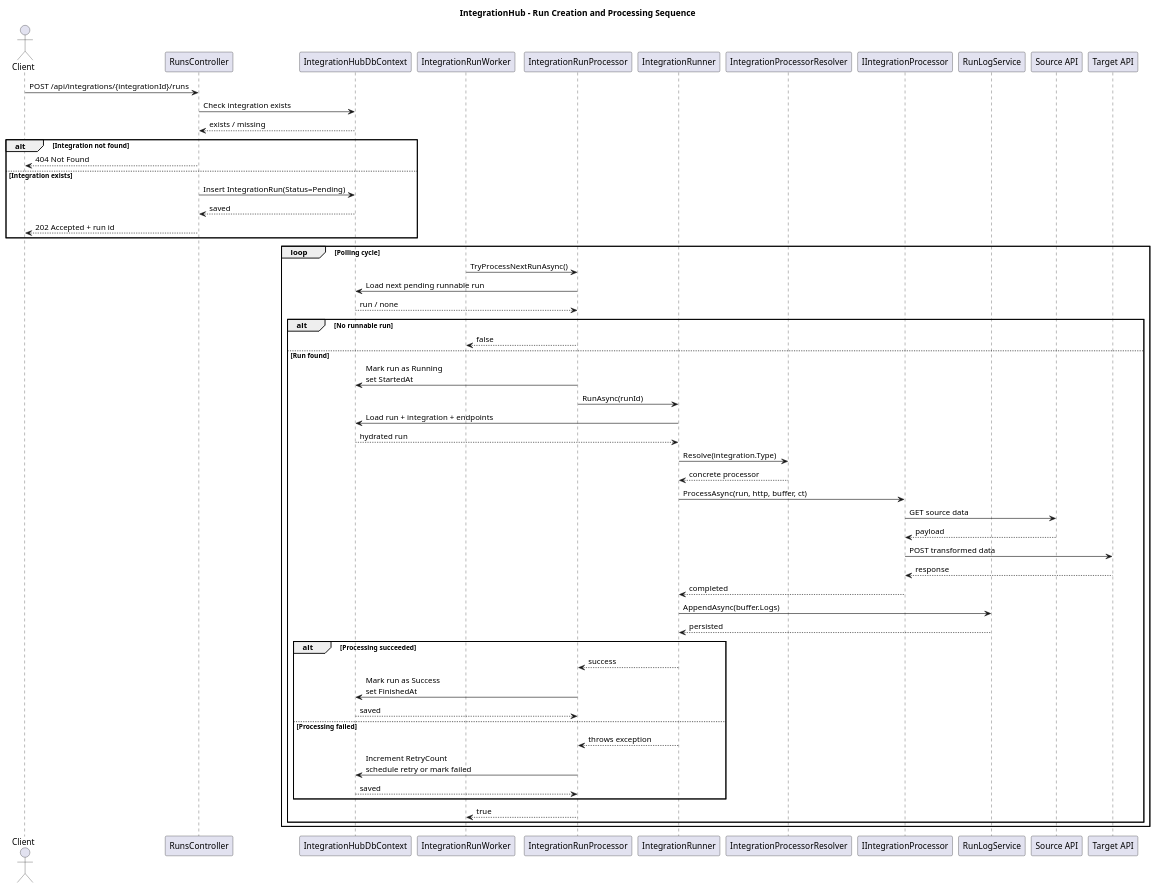
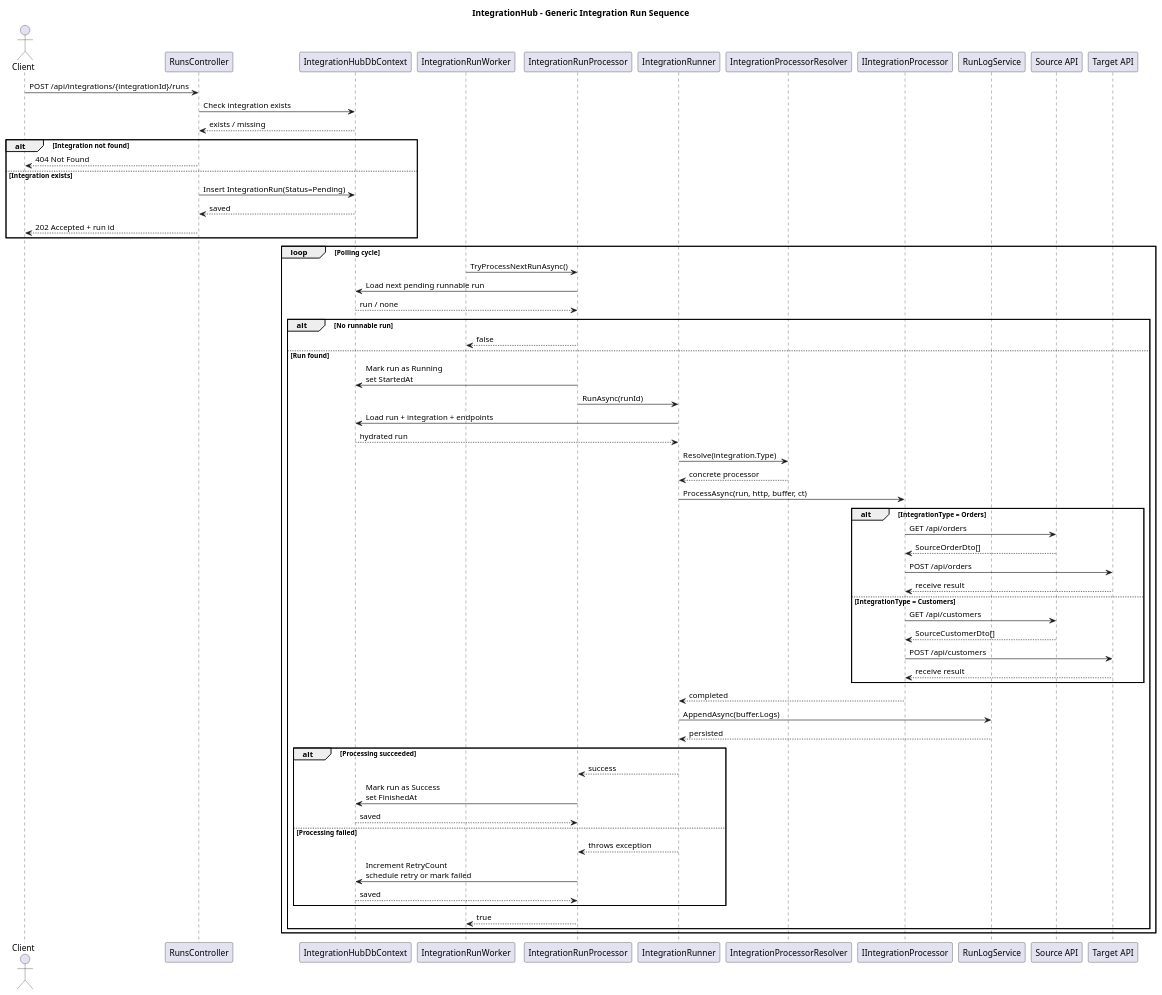
The diagram in docs/uml/SequenceDiagram.puml (PedroFerreira11/IntegrationHub), drawn with PlantUML before and after one commit. The commit also changed 2 other files, not shown here.

```diff
--- a/docs/uml/SequenceDiagram.puml
+++ b/docs/uml/SequenceDiagram.puml
@@ -1,66 +1,75 @@
 @startuml
-title IntegrationHub - Run Creation and Processing Sequence
+title IntegrationHub - Generic Integration Run Sequence
 
 actor Client
 participant "RunsController" as RunsController
 participant "IntegrationHubDbContext" as Db
 participant "IntegrationRunWorker" as Worker
 participant "IntegrationRunProcessor" as Processor
 participant "IntegrationRunner" as Runner
 participant "IntegrationProcessorResolver" as Resolver
 participant "IIntegrationProcessor" as SpecificProcessor
 participant "RunLogService" as LogService
 participant "Source API" as SourceApi
 participant "Target API" as TargetApi
 
 Client -> RunsController : POST /api/integrations/{integrationId}/runs
 RunsController -> Db : Check integration exists
 Db --> RunsController : exists / missing
 
 alt Integration not found
   RunsController --> Client : 404 Not Found
 else Integration exists
   RunsController -> Db : Insert IntegrationRun(Status=Pending)
   Db --> RunsController : saved
   RunsController --> Client : 202 Accepted + run id
 end
 
 loop Polling cycle
   Worker -> Processor : TryProcessNextRunAsync()
   Processor -> Db : Load next pending runnable run
   Db --> Processor : run / none
 
   alt No runnable run
     Processor --> Worker : false
   else Run found
     Processor -> Db : Mark run as Running\nset StartedAt
     Processor -> Runner : RunAsync(runId)
 
     Runner -> Db : Load run + integration + endpoints
     Db --> Runner : hydrated run
     Runner -> Resolver : Resolve(integration.Type)
     Resolver --> Runner : concrete processor
     Runner -> SpecificProcessor : ProcessAsync(run, http, buffer, ct)
-    SpecificProcessor -> SourceApi : GET source data
-    SourceApi --> SpecificProcessor : payload
-    SpecificProcessor -> TargetApi : POST transformed data
-    TargetApi --> SpecificProcessor : response
+
+    alt IntegrationType = Orders
+      SpecificProcessor -> SourceApi : GET /api/orders
+      SourceApi --> SpecificProcessor : SourceOrderDto[]
+      SpecificProcessor -> TargetApi : POST /api/orders
+      TargetApi --> SpecificProcessor : receive result
+    else IntegrationType = Customers
+      SpecificProcessor -> SourceApi : GET /api/customers
+      SourceApi --> SpecificProcessor : SourceCustomerDto[]
+      SpecificProcessor -> TargetApi : POST /api/customers
+      TargetApi --> SpecificProcessor : receive result
+    end
+
     SpecificProcessor --> Runner : completed
     Runner -> LogService : AppendAsync(buffer.Logs)
     LogService --> Runner : persisted
 
     alt Processing succeeded
       Runner --> Processor : success
       Processor -> Db : Mark run as Success\nset FinishedAt
       Db --> Processor : saved
     else Processing failed
       Runner --> Processor : throws exception
       Processor -> Db : Increment RetryCount\nschedule retry or mark failed
       Db --> Processor : saved
     end
 
     Processor --> Worker : true
   end
 end
 
 @enduml
```
